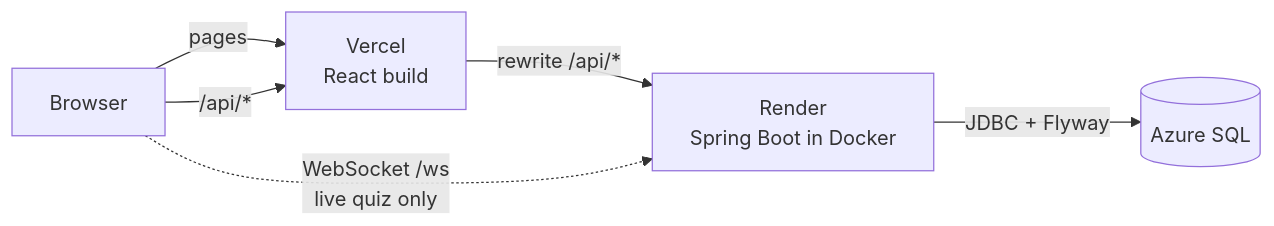
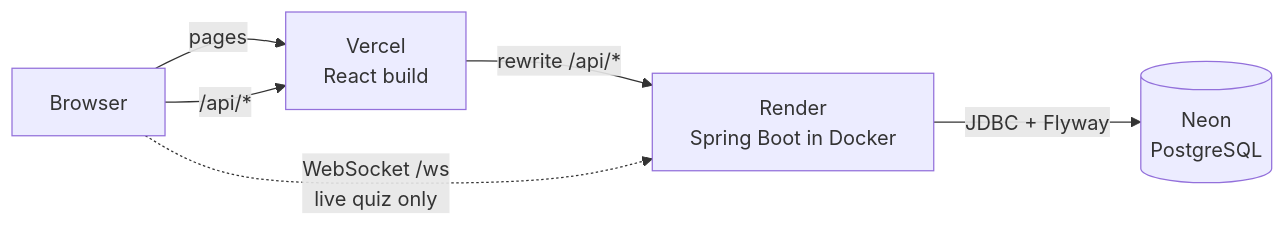
One commit to thanhsu263/smart-teach-vn changed the diagram in README.md. Above: the diagram before and after it, drawn with Mermaid. The commit also changed other lines of this file and 21 other files, not shown here.

Commit message:
refactor: switch database from SQL Server to PostgreSQL 18

````diff
--- a/README.md
+++ b/README.md
@@ -72,8 +72,8 @@
 ```mermaid
 flowchart LR
     B[Browser] -->|pages| V[Vercel<br/>React build]
     B -->|/api/*| V
     V -->|rewrite /api/*| R[Render<br/>Spring Boot in Docker]
     B -.->|WebSocket /ws<br/>live quiz only| R
-    R -->|JDBC + Flyway| S[(Azure SQL)]
+    R -->|JDBC + Flyway| S[(Neon<br/>PostgreSQL)]
 ```
````
